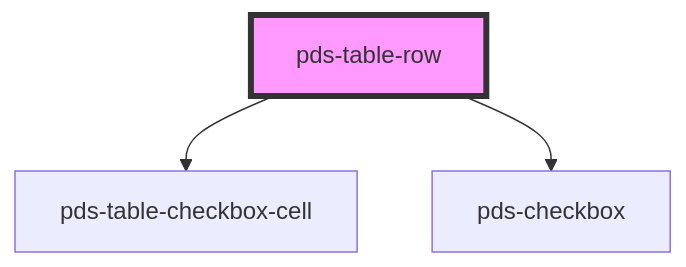
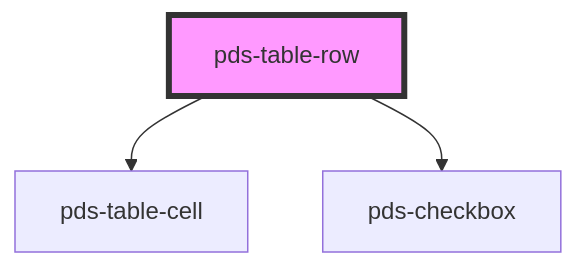
One commit to Kajabi/pine changed the diagram in libs/core/src/components/pds-table/pds-table-row/readme.md. Above: the diagram before and after it, drawn with Mermaid. The commit also changed other lines of this file and 16 other files, not shown here.

Commit message:
refactor(table): remove checkbox cell component

````diff
--- a/libs/core/src/components/pds-table/pds-table-row/readme.md
+++ b/libs/core/src/components/pds-table/pds-table-row/readme.md
@@ -23,6 +23,6 @@
 ```mermaid
 graph TD;
-  pds-table-row --> pds-table-checkbox-cell
+  pds-table-row --> pds-table-cell
   pds-table-row --> pds-checkbox
   style pds-table-row fill:#f9f,stroke:#333,stroke-width:4px
 ```
````
